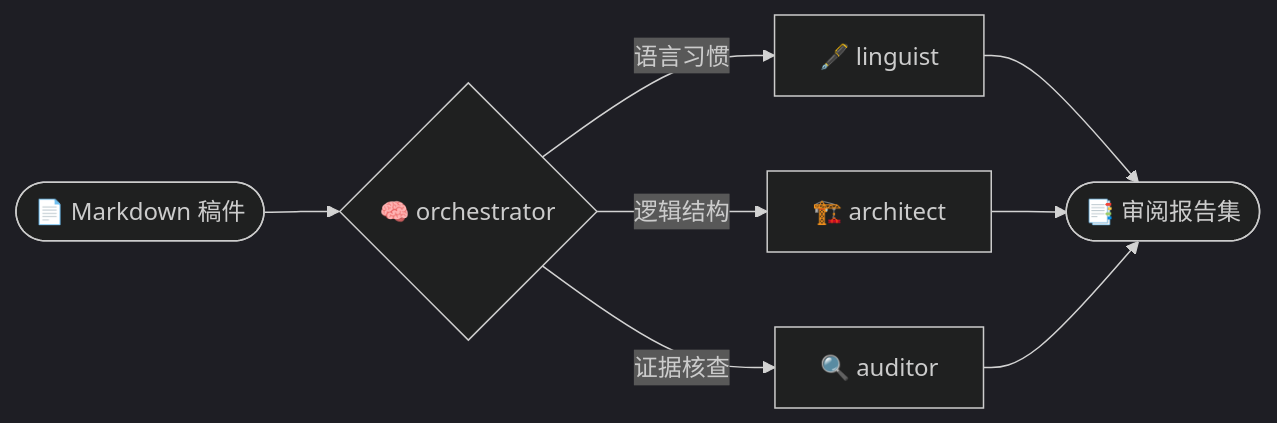
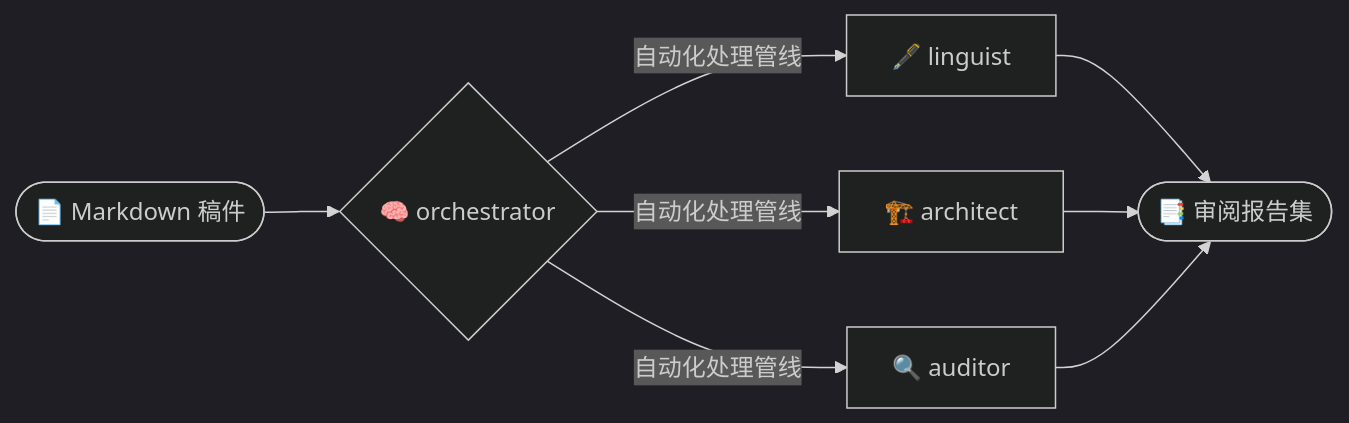
One commit to Jidi1997/academic-auto-reviewer changed the diagram in README_zh.md. Above: the diagram before and after it, drawn with Mermaid (dark theme). The commit also changed other lines of this file and 2 other files, not shown here.

````diff
--- a/README_zh.md
+++ b/README_zh.md
@@ -42,8 +43,8 @@
 ```mermaid
 graph LR
     Input(["📄 Markdown 稿件"]) --> orchestrator{"🧠 orchestrator"}
-    orchestrator -->|"语言习惯"| linguist["🖋️ linguist"]
-    orchestrator -->|"逻辑结构"| architect["🏗️ architect"]
-    orchestrator -->|"证据核查"| auditor["🔍 auditor"]
+    orchestrator -->|"自动化处理管线"| linguist["🖋️ linguist"]
+    orchestrator -->|"自动化处理管线"| architect["🏗️ architect"]
+    orchestrator -->|"自动化处理管线"| auditor["🔍 auditor"]
     linguist & architect & auditor --> Output(["📑 审阅报告集"])
 ```
````
